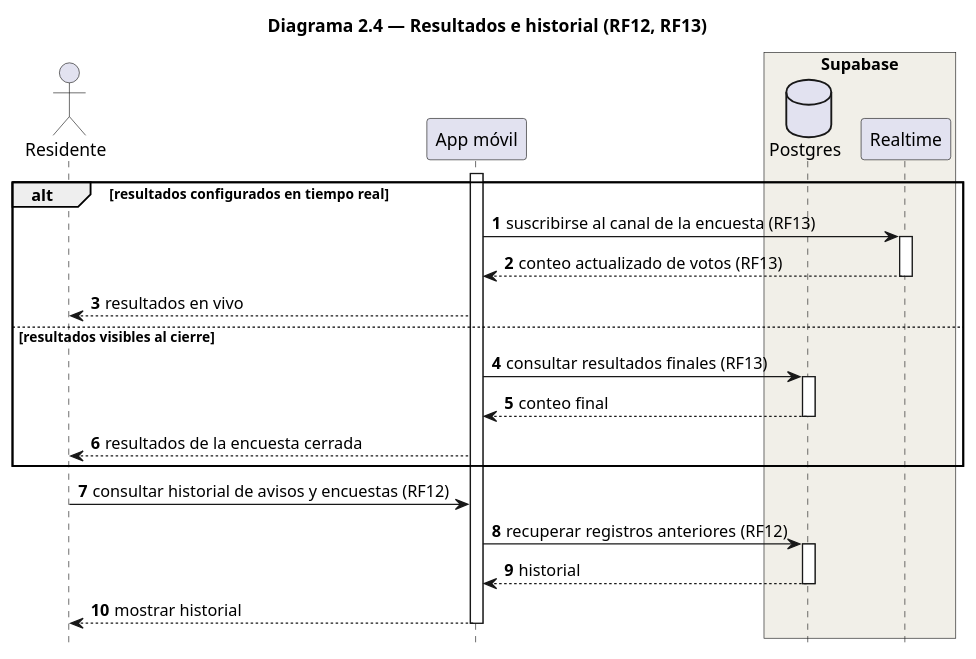
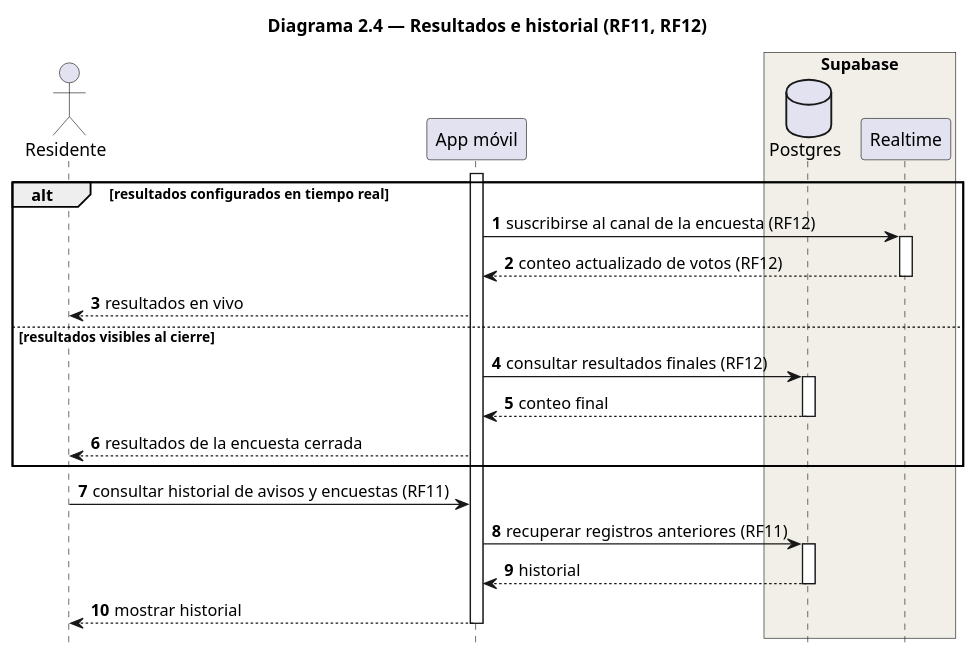
One commit to liusamfung/neighborgood-project changed the diagram in docs/Arquitectura/secuencia/diagrama2_4_resultadosHistorial.puml. Above: the diagram before and after it, drawn with PlantUML. The commit also changed 10 other files, not shown here.

First line of the commit message:
Renumera los RF de 1 a 31 en los diagramas de secuencia

```diff
--- a/docs/Arquitectura/secuencia/diagrama2_4_resultadosHistorial.puml
+++ b/docs/Arquitectura/secuencia/diagrama2_4_resultadosHistorial.puml
@@ -1,37 +1,37 @@
 @startuml Diagrama2_4_ResultadosHistorial
-title Diagrama 2.4 — Resultados e historial (RF12, RF13)
+title Diagrama 2.4 — Resultados e historial (RF11, RF12)
 
 hide footbox
 autonumber
 
 actor "Residente" as RES
 participant "App móvil" as APP
 
 box "Supabase" #F1EFE8
     database "Postgres" as DB
     participant "Realtime" as RT
 end box
 
 activate APP
 alt resultados configurados en tiempo real
-    APP -> RT : suscribirse al canal de la encuesta (RF13)
+    APP -> RT : suscribirse al canal de la encuesta (RF12)
     activate RT
-    RT --> APP : conteo actualizado de votos (RF13)
+    RT --> APP : conteo actualizado de votos (RF12)
     deactivate RT
     APP --> RES : resultados en vivo
 else resultados visibles al cierre
-    APP -> DB : consultar resultados finales (RF13)
+    APP -> DB : consultar resultados finales (RF12)
     activate DB
     DB --> APP : conteo final
     deactivate DB
     APP --> RES : resultados de la encuesta cerrada
 end
 
-RES -> APP : consultar historial de avisos y encuestas (RF12)
-APP -> DB : recuperar registros anteriores (RF12)
+RES -> APP : consultar historial de avisos y encuestas (RF11)
+APP -> DB : recuperar registros anteriores (RF11)
 activate DB
 DB --> APP : historial
 deactivate DB
 APP --> RES : mostrar historial
 deactivate APP
 @enduml
```
